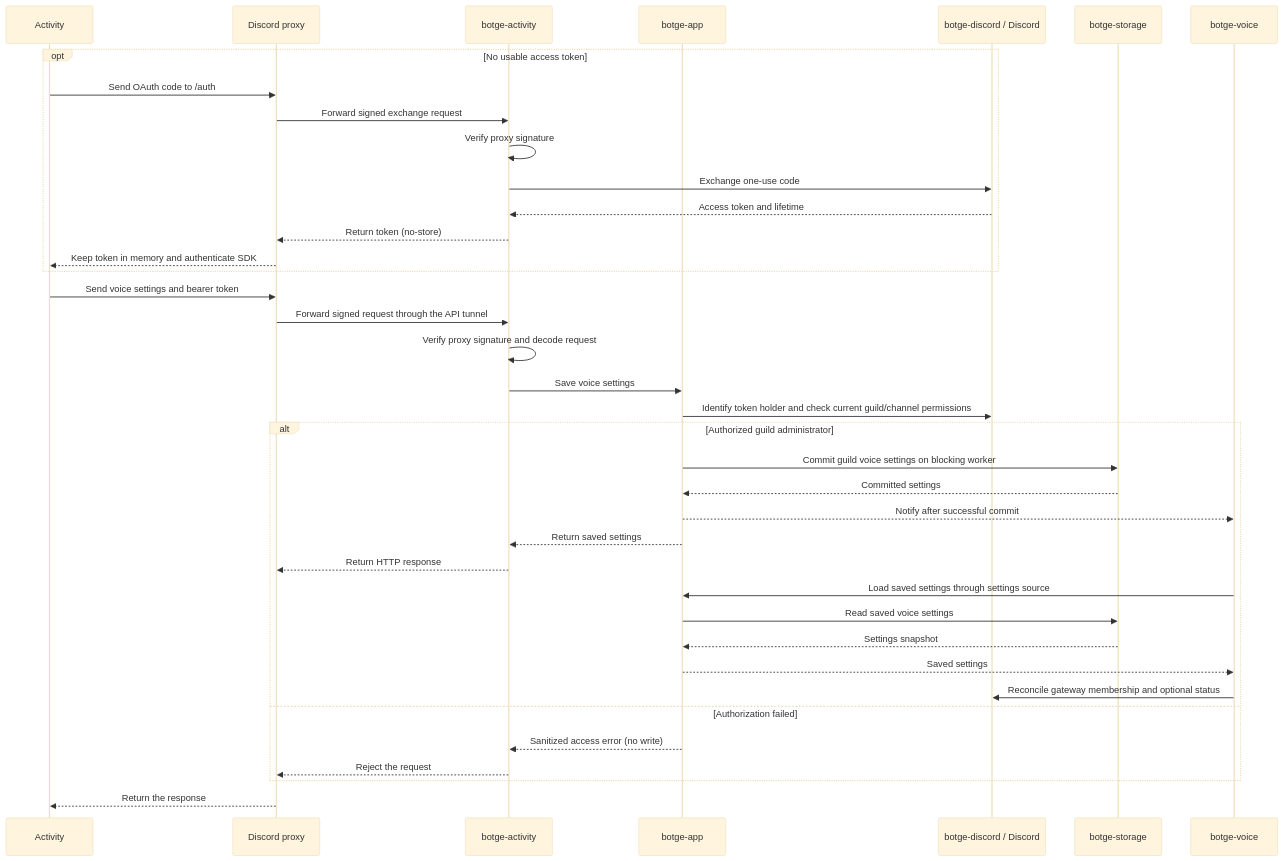
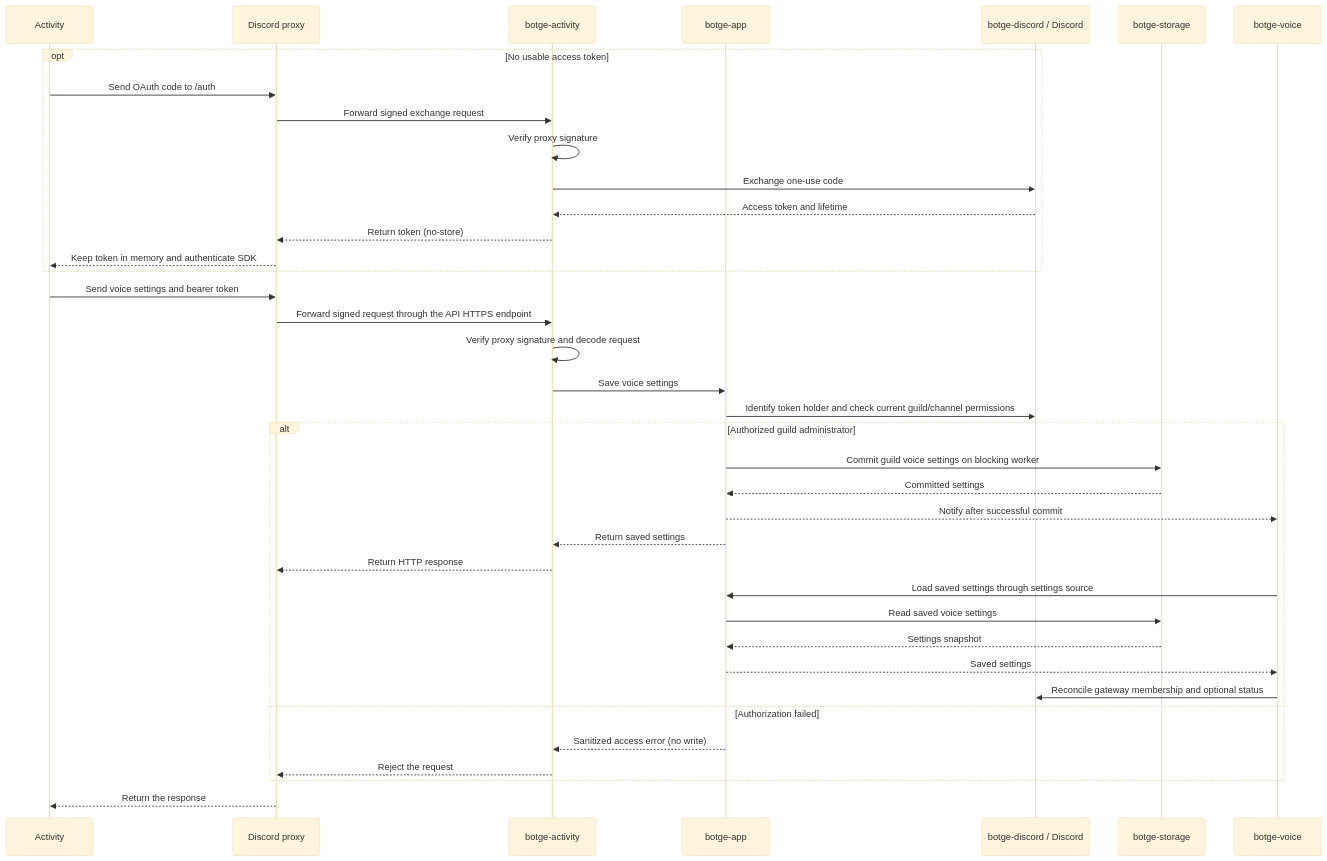
Before and after one commit to MrewyOrg/Botge: the second of 3 diagrams in docs/ARCHITECTURE.md, drawn with Mermaid (base theme). The commit also changed other lines of this file and 27 other files, not shown here.

````diff
--- a/docs/ARCHITECTURE.md
+++ b/docs/ARCHITECTURE.md
@@ -105,40 +103,40 @@
 ```mermaid
 sequenceDiagram
     participant Browser as Activity
     participant Proxy as Discord proxy
     participant API as botge-activity
     participant App as botge-app
     participant Discord as botge-discord / Discord
     participant DB as botge-storage
     participant Voice as botge-voice
     opt No usable access token
         Browser->>Proxy: Send OAuth code to /auth
         Proxy->>API: Forward signed exchange request
         API->>API: Verify proxy signature
         API->>Discord: Exchange one-use code
         Discord-->>API: Access token and lifetime
         API-->>Proxy: Return token (no-store)
         Proxy-->>Browser: Keep token in memory and authenticate SDK
     end
     Browser->>Proxy: Send voice settings and bearer token
-    Proxy->>API: Forward signed request through the API tunnel
+    Proxy->>API: Forward signed request through the API HTTPS endpoint
     API->>API: Verify proxy signature and decode request
     API->>App: Save voice settings
     App->>Discord: Identify token holder and check current guild/channel permissions
     alt Authorized guild administrator
         App->>DB: Commit guild voice settings on blocking worker
         DB-->>App: Committed settings
         App-->>Voice: Notify after successful commit
         App-->>API: Return saved settings
         API-->>Proxy: Return HTTP response
         Voice->>App: Load saved settings through settings source
         App->>DB: Read saved voice settings
         DB-->>App: Settings snapshot
         App-->>Voice: Saved settings
         Voice->>Discord: Reconcile gateway membership and optional status
     else Authorization failed
         App-->>API: Sanitized access error (no write)
         API-->>Proxy: Reject the request
     end
     Proxy-->>Browser: Return the response
 ```
````
